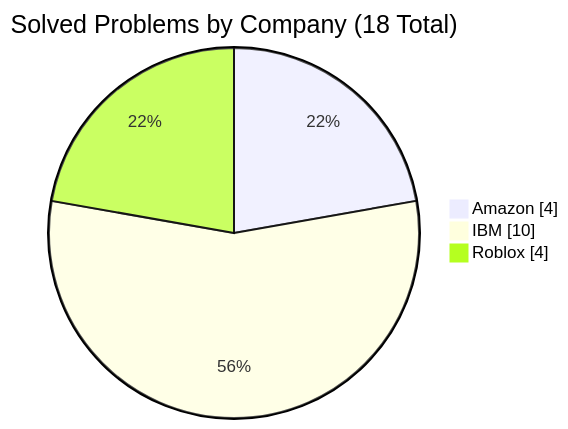
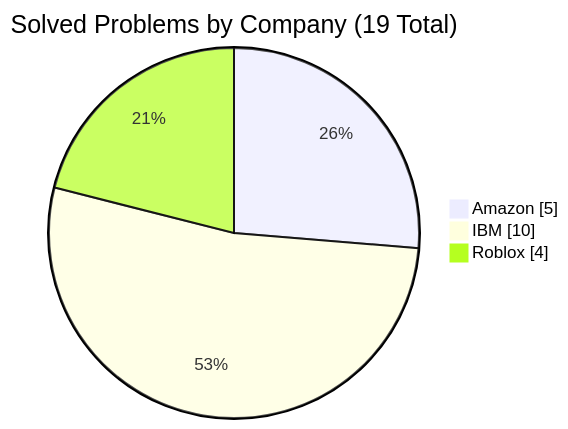
The fourth of 4 diagrams in README.md (simonesiega/leetcode-solutions), drawn with Mermaid before and after one commit. The commit also changed 4 other files, not shown here.

````diff
--- a/README.md
+++ b/README.md
@@ -168,7 +168,7 @@
 ```mermaid
 pie showData
-    title Solved Problems by Company (18 Total)
-    "Amazon" : 4
+    title Solved Problems by Company (19 Total)
+    "Amazon" : 5
     "IBM" : 10
     "Roblox" : 4
 ```
````
